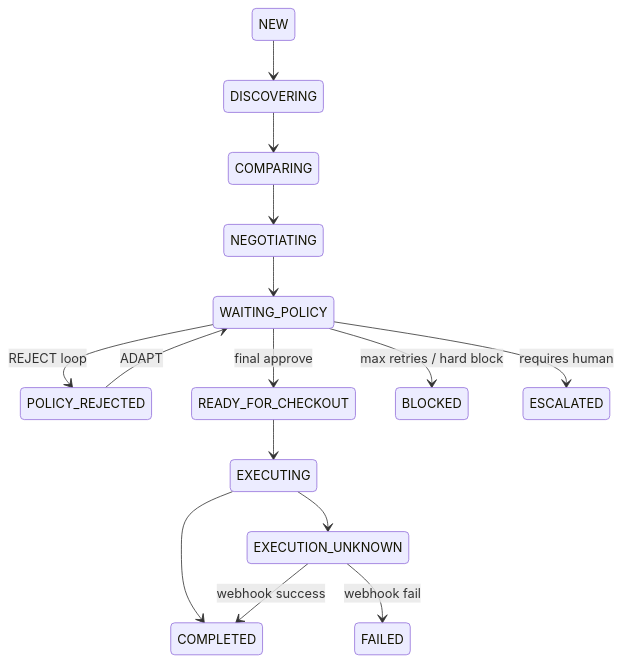
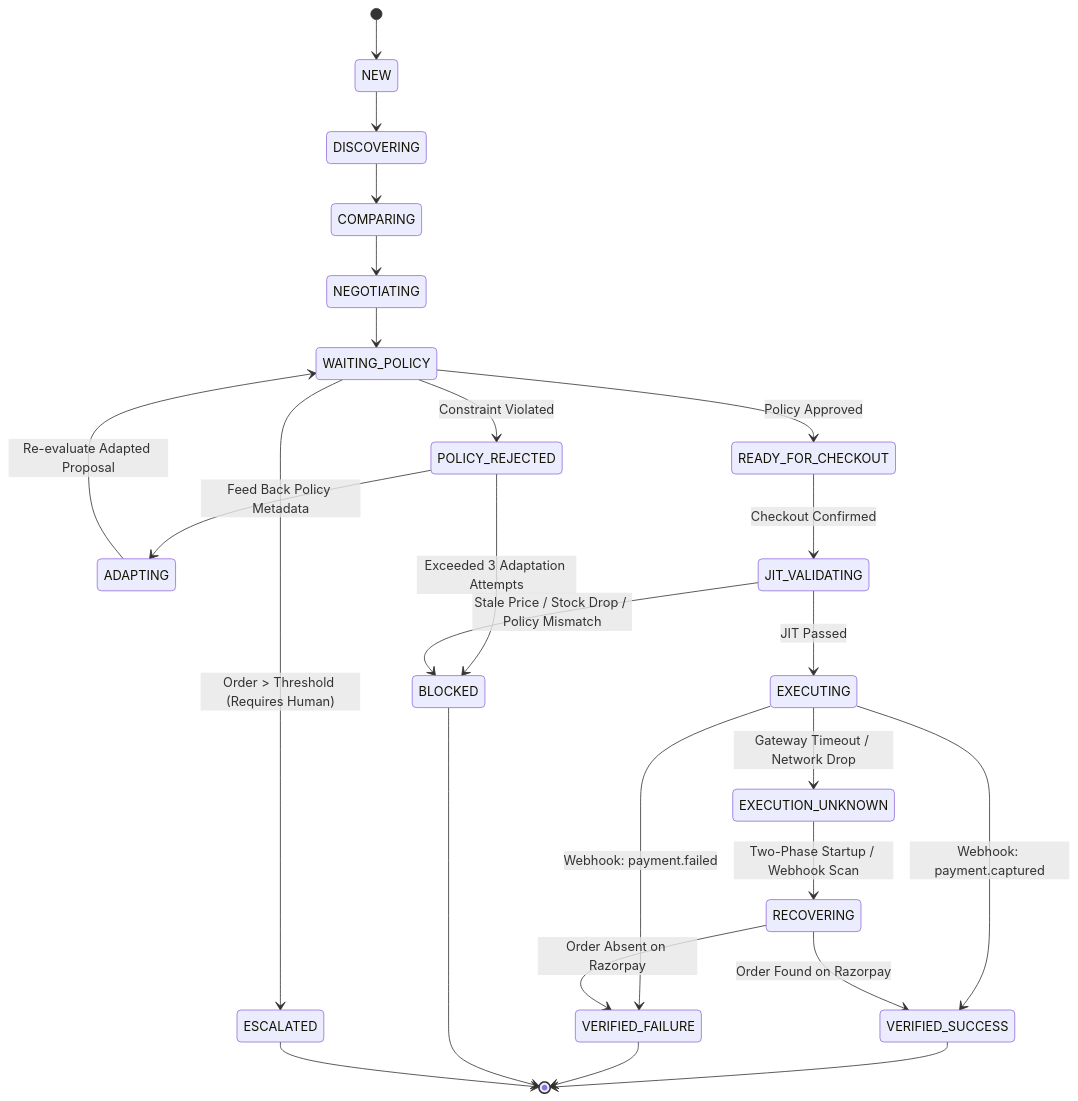
The fourth of 5 diagrams in docs/ARCHITECTURE.md (Tanish9022/PolicyShield), drawn with Mermaid before and after one commit. The commit also changed other lines of this file and 16 other files, not shown here.

Commit message:
docs: enrich README and ARCHITECTURE with HTML and Mermaid diagrams; remove demo script

````diff
--- a/docs/ARCHITECTURE.md
+++ b/docs/ARCHITECTURE.md
@@ -92,21 +201,33 @@
 ```mermaid
 stateDiagram-v2
+    [*] --> NEW
     NEW --> DISCOVERING
     DISCOVERING --> COMPARING
     COMPARING --> NEGOTIATING
     NEGOTIATING --> WAITING_POLICY
-    
-    WAITING_POLICY --> POLICY_REJECTED: REJECT loop
-    POLICY_REJECTED --> WAITING_POLICY: ADAPT
-    
-    WAITING_POLICY --> READY_FOR_CHECKOUT: final approve
-    
-    READY_FOR_CHECKOUT --> EXECUTING
-    EXECUTING --> COMPLETED
-    EXECUTING --> EXECUTION_UNKNOWN
-    EXECUTION_UNKNOWN --> COMPLETED: webhook success
-    EXECUTION_UNKNOWN --> FAILED: webhook fail
-    
-    WAITING_POLICY --> BLOCKED: max retries / hard block
-    WAITING_POLICY --> ESCALATED: requires human
+
+    WAITING_POLICY --> POLICY_REJECTED: Constraint Violated
+    POLICY_REJECTED --> ADAPTING: Feed Back Policy Metadata
+    ADAPTING --> WAITING_POLICY: Re-evaluate Adapted Proposal
+    POLICY_REJECTED --> BLOCKED: Exceeded 3 Adaptation Attempts
+
+    WAITING_POLICY --> ESCALATED: Order > Threshold (Requires Human)
+    WAITING_POLICY --> READY_FOR_CHECKOUT: Policy Approved
+
+    READY_FOR_CHECKOUT --> JIT_VALIDATING: Checkout Confirmed
+    JIT_VALIDATING --> BLOCKED: Stale Price / Stock Drop / Policy Mismatch
+    JIT_VALIDATING --> EXECUTING: JIT Passed
+
+    EXECUTING --> VERIFIED_SUCCESS: Webhook: payment.captured
+    EXECUTING --> VERIFIED_FAILURE: Webhook: payment.failed
+    EXECUTING --> EXECUTION_UNKNOWN: Gateway Timeout / Network Drop
+
+    EXECUTION_UNKNOWN --> RECOVERING: Two-Phase Startup / Webhook Scan
+    RECOVERING --> VERIFIED_SUCCESS: Order Found on Razorpay
+    RECOVERING --> VERIFIED_FAILURE: Order Absent on Razorpay
+
+    VERIFIED_SUCCESS --> [*]
+    VERIFIED_FAILURE --> [*]
+    BLOCKED --> [*]
+    ESCALATED --> [*]
 ```
````
